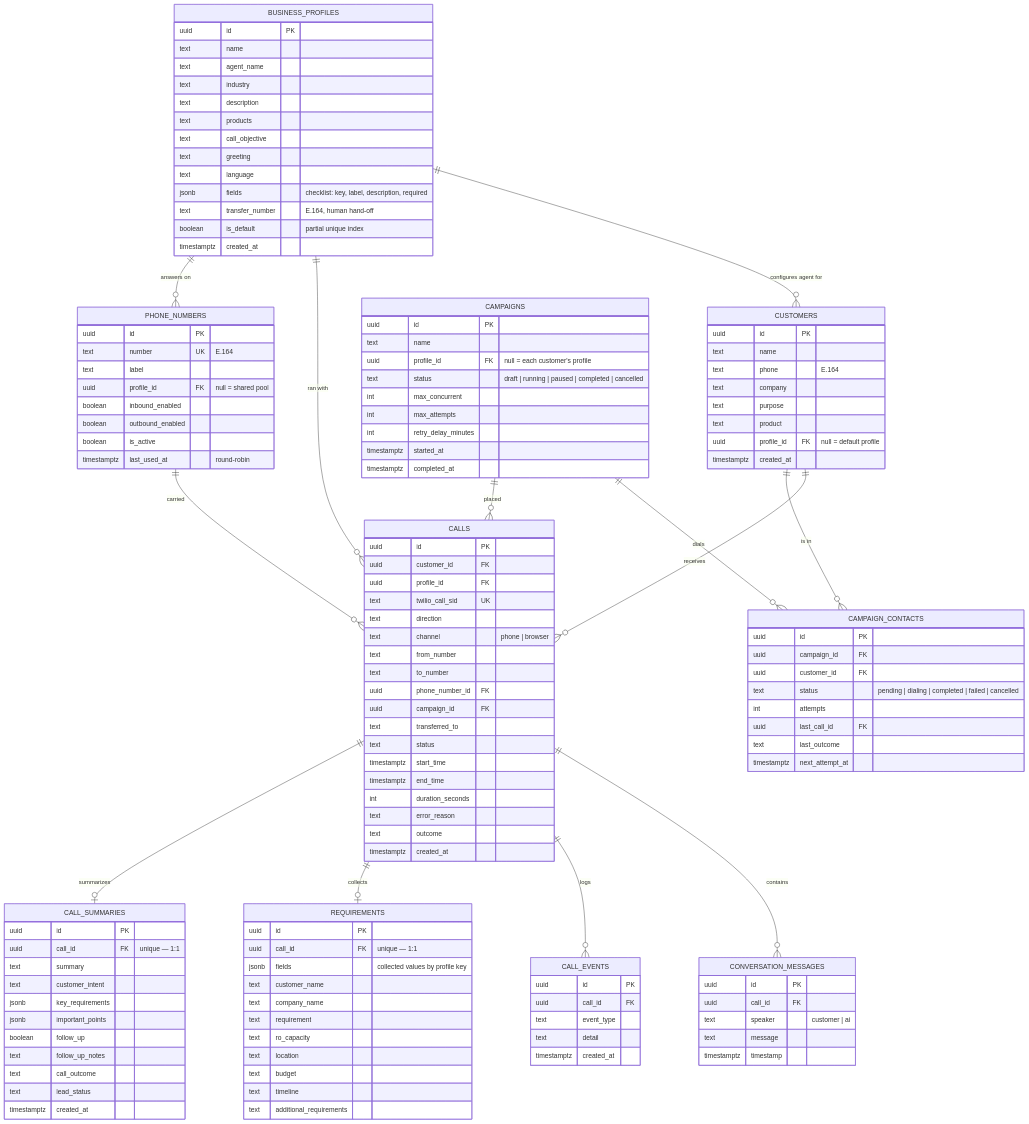
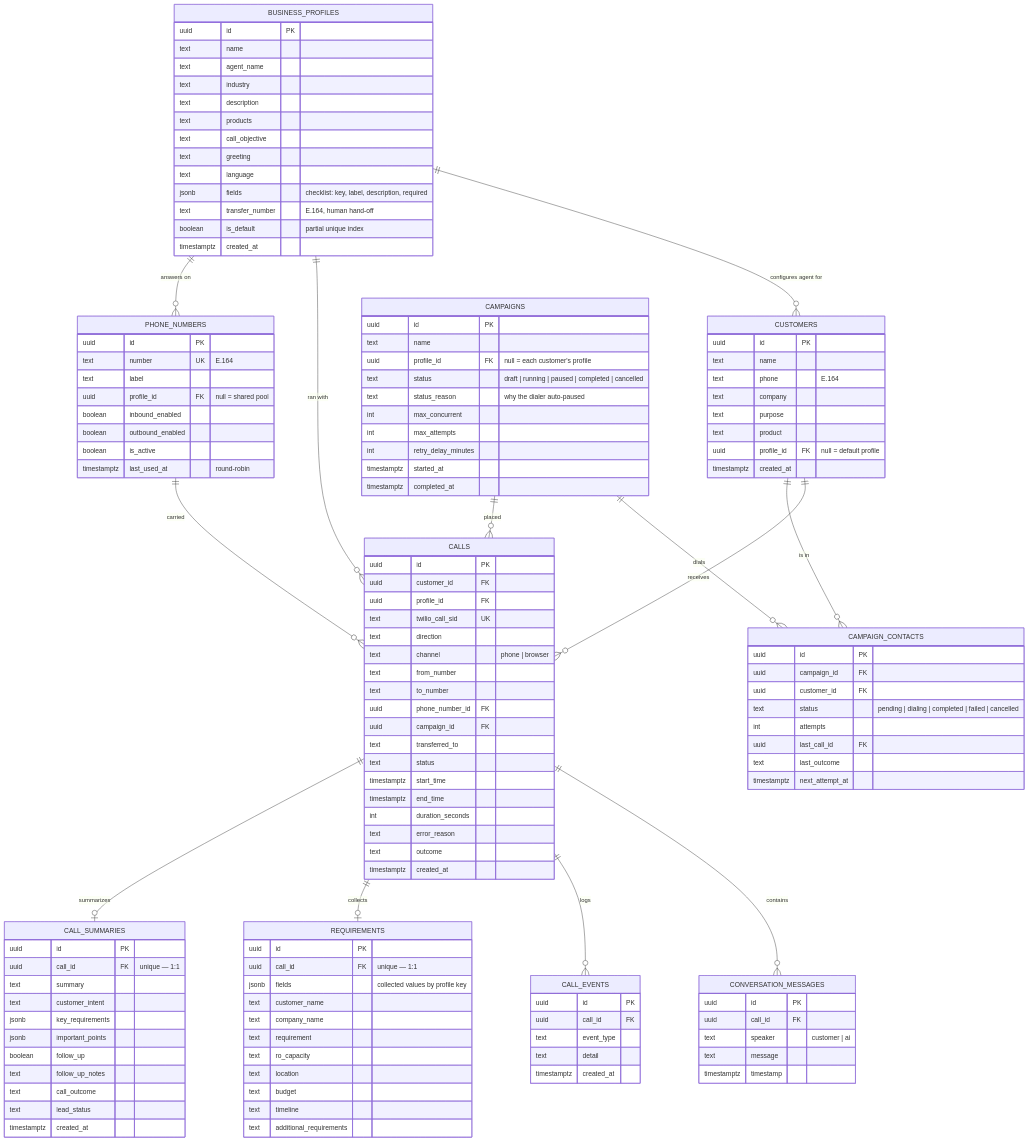
Before and after one commit to tanmayfulzele2003-star/RO-Voice: the third of 3 diagrams in ARCHITECTURE.md, drawn with Mermaid. The commit also changed other lines of this file and 9 other files, not shown here.

```diff
--- a/ARCHITECTURE.md
+++ b/ARCHITECTURE.md
@@ -394,6 +399,7 @@
         text name
         uuid profile_id FK "null = each customer's profile"
         text status "draft | running | paused | completed | cancelled"
+        text status_reason "why the dialer auto-paused"
         int max_concurrent
         int max_attempts
         int retry_delay_minutes
```
